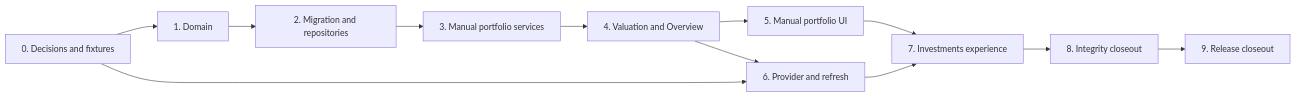
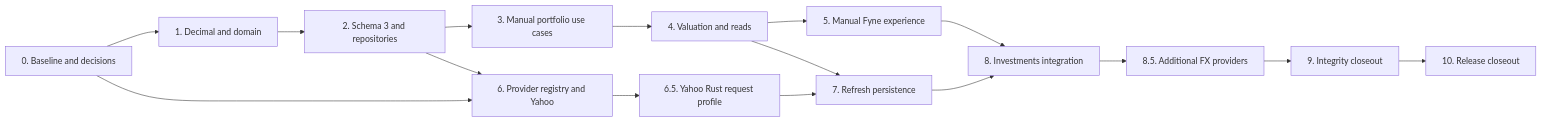
One commit to MnemosyneLab/NestworthGo changed the diagram in docs/releases/v0.1.2-implementation-plan.md. Above: the diagram before and after it, drawn with Mermaid. The commit also changed other lines of this file and 96 other files, not shown here.

````diff
--- a/docs/releases/v0.1.2-implementation-plan.md
+++ b/docs/releases/v0.1.2-implementation-plan.md
@@ -15,14 +18,18 @@
 ```mermaid
 flowchart LR
-    P0["0. Decisions and fixtures"] --> P1["1. Domain"]
-    P1 --> P2["2. Migration and repositories"]
-    P2 --> P3["3. Manual portfolio services"]
-    P3 --> P4["4. Valuation and Overview"]
-    P4 --> P5["5. Manual portfolio UI"]
-    P0 --> P6["6. Provider and refresh"]
-    P4 --> P6
-    P5 --> P7["7. Investments experience"]
-    P6 --> P7
-    P7 --> P8["8. Integrity closeout"]
-    P8 --> P9["9. Release closeout"]
+    P0["0. Baseline and decisions"] --> P1["1. Decimal and domain"]
+    P1 --> P2["2. Schema 3 and repositories"]
+    P2 --> P3["3. Manual portfolio use cases"]
+    P3 --> P4["4. Valuation and reads"]
+    P4 --> P5["5. Manual Fyne experience"]
+    P0 --> P6["6. Provider registry and Yahoo"]
+    P2 --> P6
+    P4 --> P7["7. Refresh persistence"]
+    P6 --> P65["6.5. Yahoo Rust request profile"]
+    P65 --> P7
+    P5 --> P8["8. Investments integration"]
+    P7 --> P8
+    P8 --> P85["8.5. Additional FX providers"]
+    P85 --> P9["9. Integrity closeout"]
+    P9 --> P10["10. Release closeout"]
 ```
````
